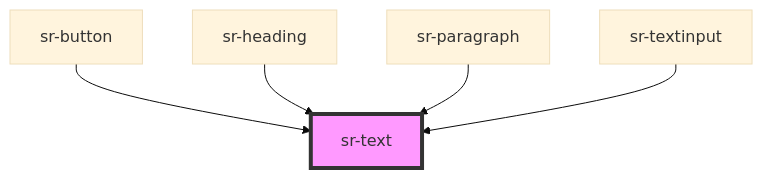
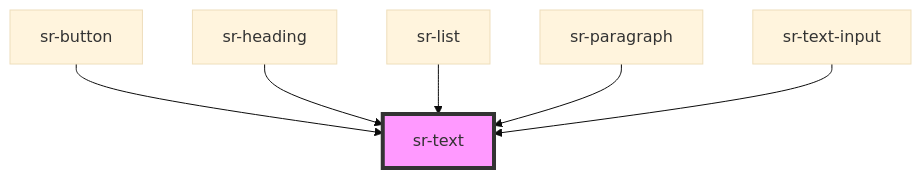
Before and after one commit to tonyblu331/spotify-replay-design-system: the diagram in src/components/primitives/sr-text/readme.md, drawn with Mermaid (base theme). The commit also changed other lines of this file and 21 other files, not shown here.

````diff
--- a/src/components/primitives/sr-text/readme.md
+++ b/src/components/primitives/sr-text/readme.md
@@ -40,8 +41,9 @@
 ```mermaid
 graph TD;
   sr-button --> sr-text
   sr-heading --> sr-text
+  sr-list --> sr-text
   sr-paragraph --> sr-text
-  sr-textinput --> sr-text
+  sr-text-input --> sr-text
   style sr-text fill:#f9f,stroke:#333,stroke-width:4px
 ```
````
